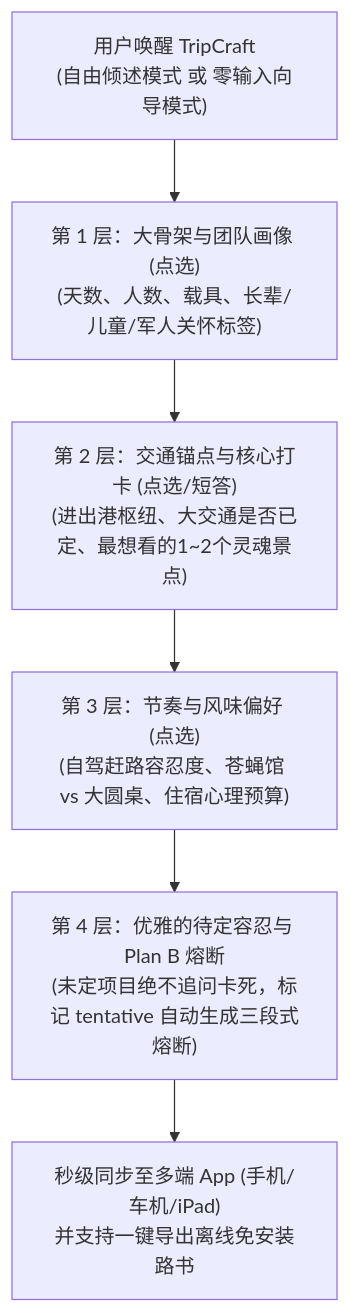
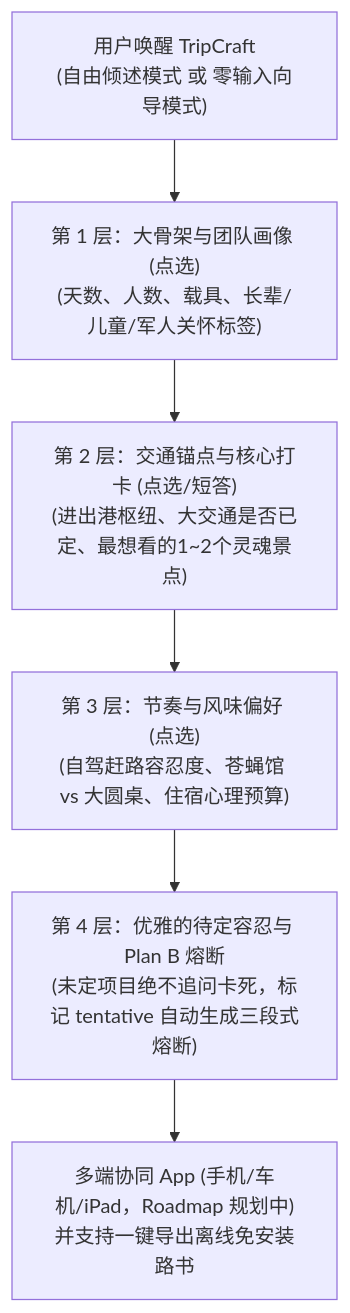
The diagram in docs/WHITEPAPER.md (JohnMaxwell0123/TripCraft), drawn with Mermaid before and after one commit. The commit also changed other lines of this file and 3 other files, not shown here.

````diff
--- a/docs/WHITEPAPER.md
+++ b/docs/WHITEPAPER.md
@@ -351,8 +351,8 @@
 ```mermaid
 flowchart TD
     Start["用户唤醒 TripCraft<br/>(自由倾述模式 或 零输入向导模式)"] --> Layer1["第 1 层：大骨架与团队画像 (点选)<br/>(天数、人数、载具、长辈/儿童/军人关怀标签)"]
     Layer1 --> Layer2["第 2 层：交通锚点与核心打卡 (点选/短答)<br/>(进出港枢纽、大交通是否已定、最想看的1~2个灵魂景点)"]
     Layer2 --> Layer3["第 3 层：节奏与风味偏好 (点选)<br/>(自驾赶路容忍度、苍蝇馆 vs 大圆桌、住宿心理预算)"]
     Layer3 --> Layer4["第 4 层：优雅的待定容忍与 Plan B 熔断<br/>(未定项目绝不追问卡死，标记 tentative 自动生成三段式熔断)"]
-    Layer4 --> Output["秒级同步至多端 App (手机/车机/iPad)<br/>并支持一键导出离线免安装路书"]
+    Layer4 --> Output["多端协同 App (手机/车机/iPad，Roadmap 规划中)<br/>并支持一键导出离线免安装路书"]
 ```
````
